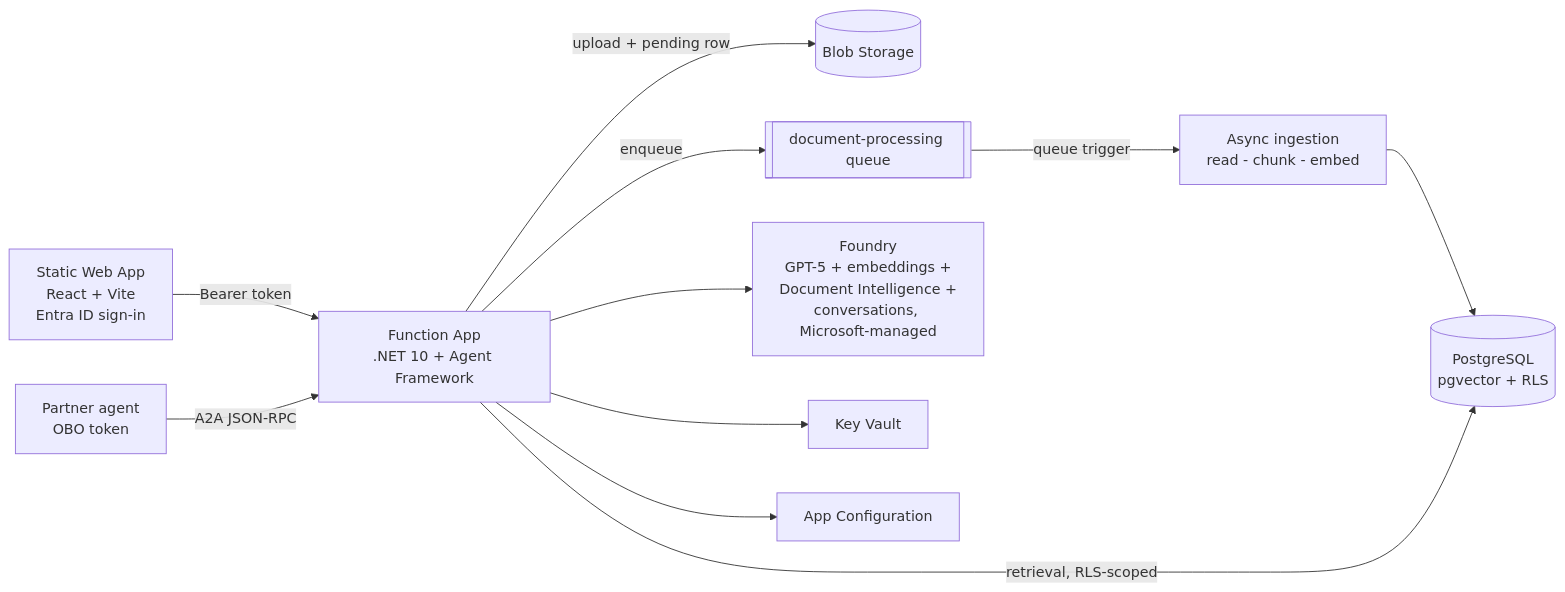
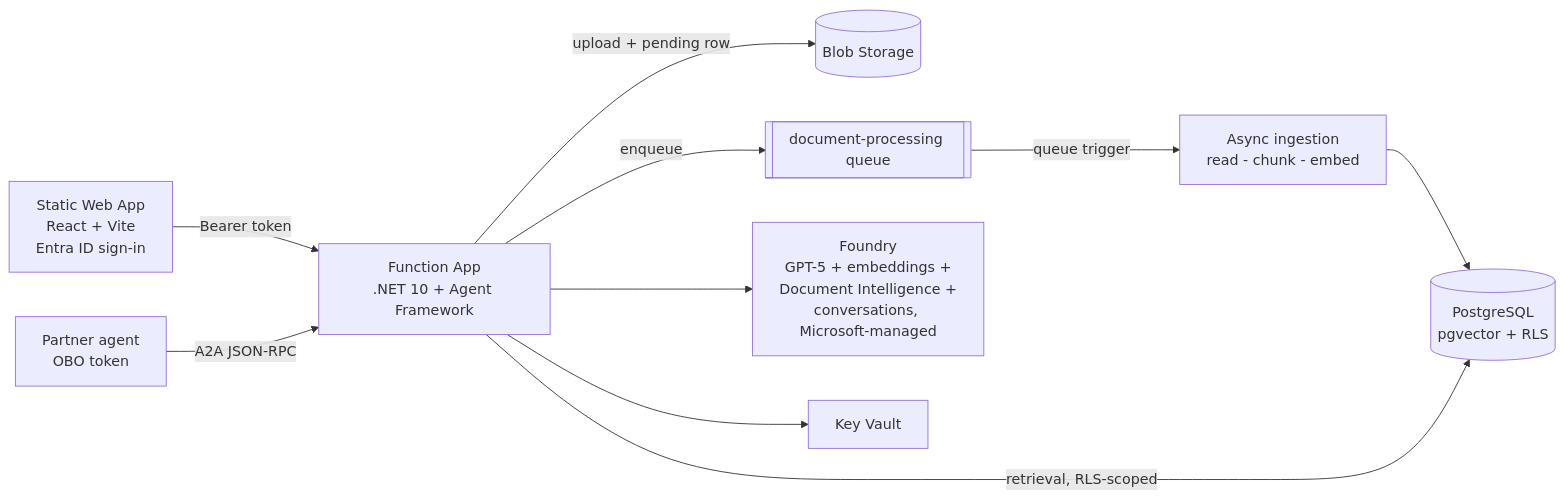
Before and after one commit to nampacx/cerebro: the diagram in README.md, drawn with Mermaid. The commit also changed other lines of this file and 21 other files, not shown here.

````diff
--- a/README.md
+++ b/README.md
@@ -29,13 +29,12 @@
 ```mermaid
 flowchart LR
   SPA[Static Web App<br/>React + Vite<br/>Entra ID sign-in] -->|Bearer token| FN[Function App<br/>.NET 10 + Agent Framework]
   U[Partner agent<br/>OBO token] -->|A2A JSON-RPC| FN
   FN -->|upload + pending row| BLOB[(Blob Storage)]
   FN -->|enqueue| Q[[document-processing queue]]
   Q -->|queue trigger| PROC[Async ingestion<br/>read - chunk - embed]
   PROC --> PG[(PostgreSQL<br/>pgvector + RLS)]
   FN -->|retrieval, RLS-scoped| PG
   FN --> AI[Foundry<br/>GPT-5 + embeddings +<br/>Document Intelligence +<br/>conversations, Microsoft-managed]
   FN --> KV[Key Vault]
-  FN --> CFG[App Configuration]
 ```
````
